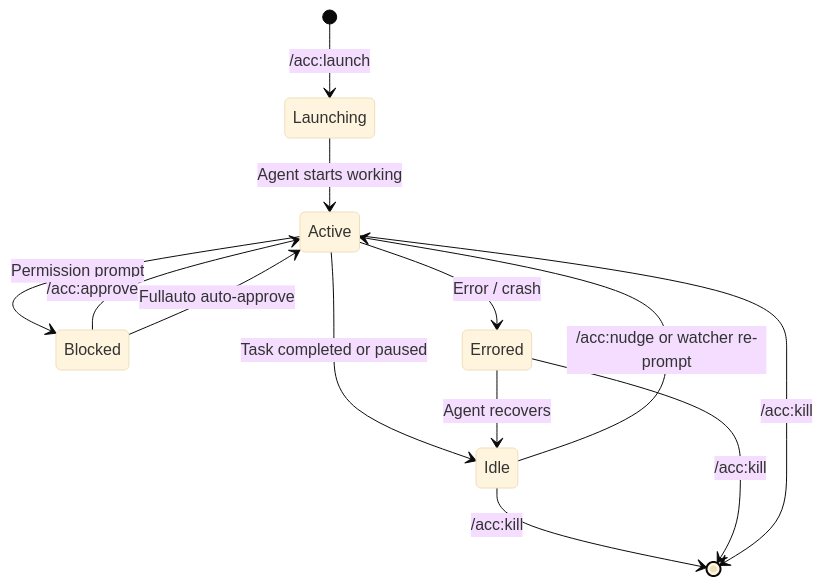
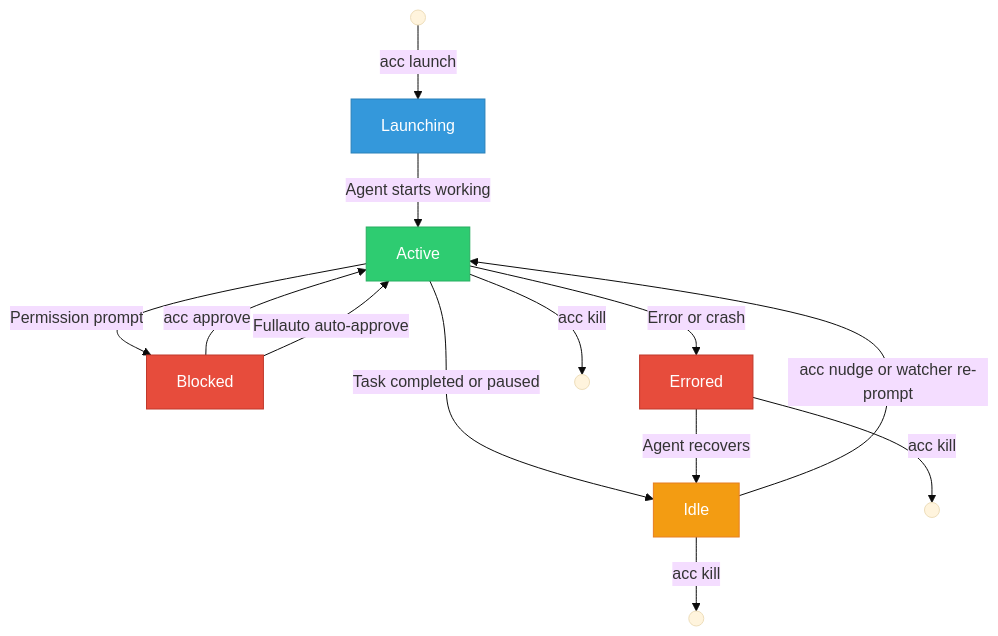
One commit to EvolvingAgentsLabs/agent-command-center changed the fifth of 8 diagrams in README.md. Above: the diagram before and after it, drawn with Mermaid (base theme). The commit also changed other lines of this file, not shown here.

First line of the commit message:
Fix Mermaid diagrams for GitHub rendering compatibility

````diff
--- a/README.md
+++ b/README.md
@@ -414,20 +409,26 @@
 ```mermaid
-stateDiagram-v2
-    [*] --> Launching: /acc:launch
+flowchart TD
+    START(( )) -->|"acc launch"| Launching
 
-    Launching --> Active: Agent starts working
-    Active --> Idle: Task completed or paused
-    Active --> Blocked: Permission prompt
-    Active --> Errored: Error / crash
+    Launching["Launching"]:::launch -->|"Agent starts working"| Active
+    Active["Active"]:::active -->|"Task completed or paused"| Idle
+    Active -->|"Permission prompt"| Blocked
+    Active -->|"Error or crash"| Errored
 
-    Idle --> Active: /acc:nudge or watcher re-prompt
-    Idle --> [*]: /acc:kill
+    Idle["Idle"]:::idle -->|"acc nudge or watcher re-prompt"| Active
+    Idle -->|"acc kill"| END1(( ))
 
-    Blocked --> Active: /acc:approve
-    Blocked --> Active: Fullauto auto-approve
+    Blocked["Blocked"]:::blocked -->|"acc approve"| Active
+    Blocked -->|"Fullauto auto-approve"| Active
 
-    Errored --> Idle: Agent recovers
-    Errored --> [*]: /acc:kill
+    Errored["Errored"]:::errored -->|"Agent recovers"| Idle
+    Errored -->|"acc kill"| END2(( ))
 
-    Active --> [*]: /acc:kill
+    Active -->|"acc kill"| END3(( ))
+
+    classDef launch fill:#3498db,stroke:#2980b9,color:#fff
+    classDef active fill:#2ecc71,stroke:#27ae60,color:#fff
+    classDef idle fill:#f39c12,stroke:#e67e22,color:#fff
+    classDef blocked fill:#e74c3c,stroke:#c0392b,color:#fff
+    classDef errored fill:#e74c3c,stroke:#c0392b,color:#fff
 ```
````
